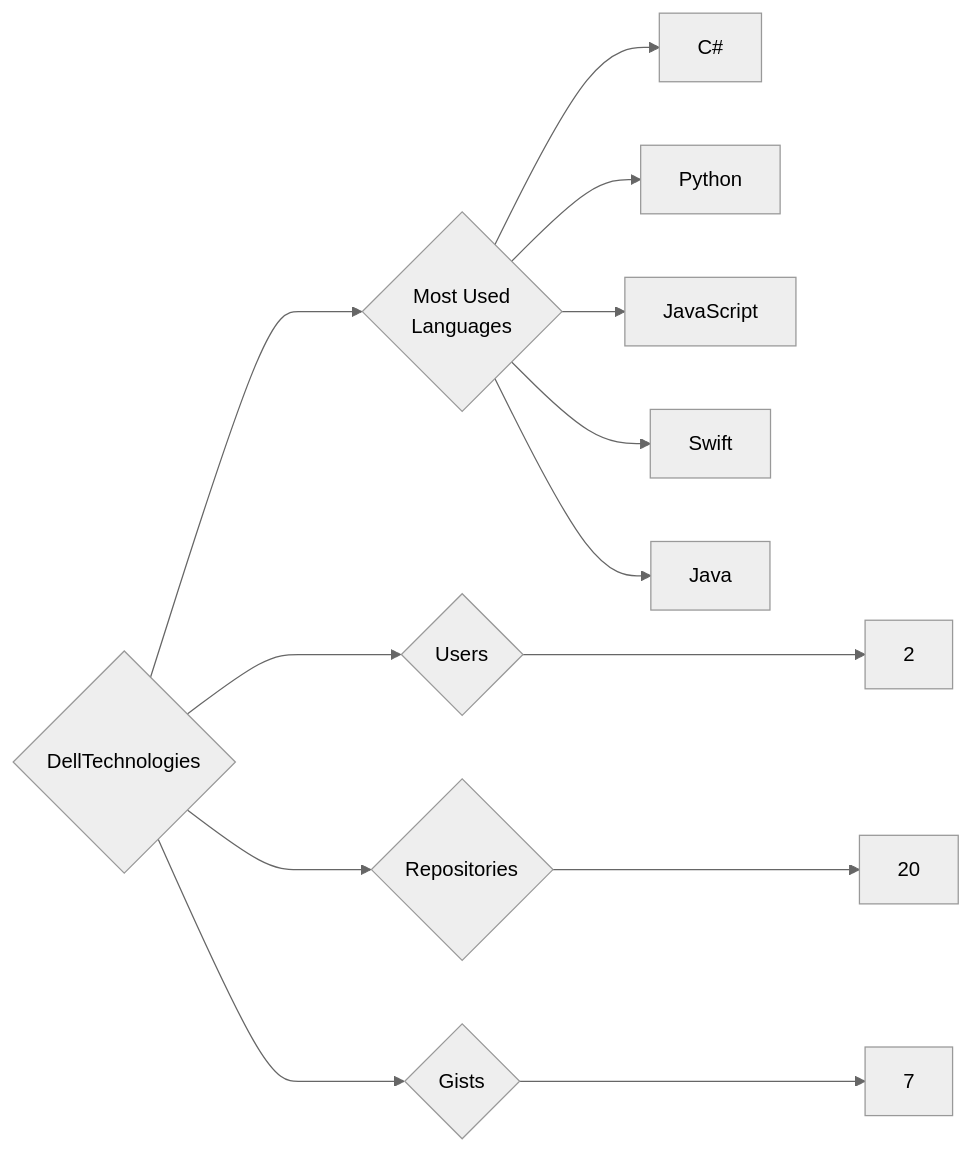
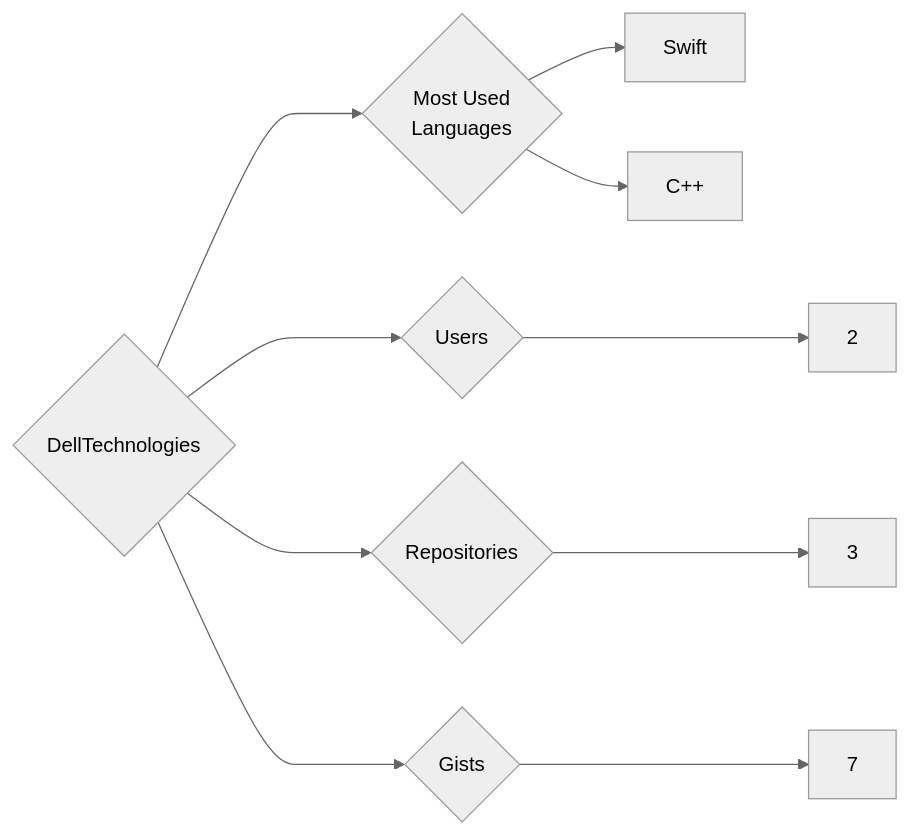
The diagram in targets/DellTechnologies/README.md (trickest/insiders), drawn with Mermaid (neutral theme) before and after one commit. The commit also changed 880 other files, not shown here.

````diff
--- a/targets/DellTechnologies/README.md
+++ b/targets/DellTechnologies/README.md
@@ -3,13 +3,10 @@
 ```mermaid
 graph LR
 COMPANY_NAME{DellTechnologies}
 COMPANY_NAME ---> U{Users} ---> UN[2]
-COMPANY_NAME ---> R{Repositories} ---> RN[20]
+COMPANY_NAME ---> R{Repositories} ---> RN[3]
 COMPANY_NAME ---> G{Gists} ---> GN[7]
 COMPANY_NAME ---> ML{Most Used<br>Languages}
-ML --> C#[C#]
-ML --> Python[Python]
-ML --> JavaScript[JavaScript]
 ML --> Swift[Swift]
-ML --> Java[Java]
+ML --> C++[C++]
 ```
````
